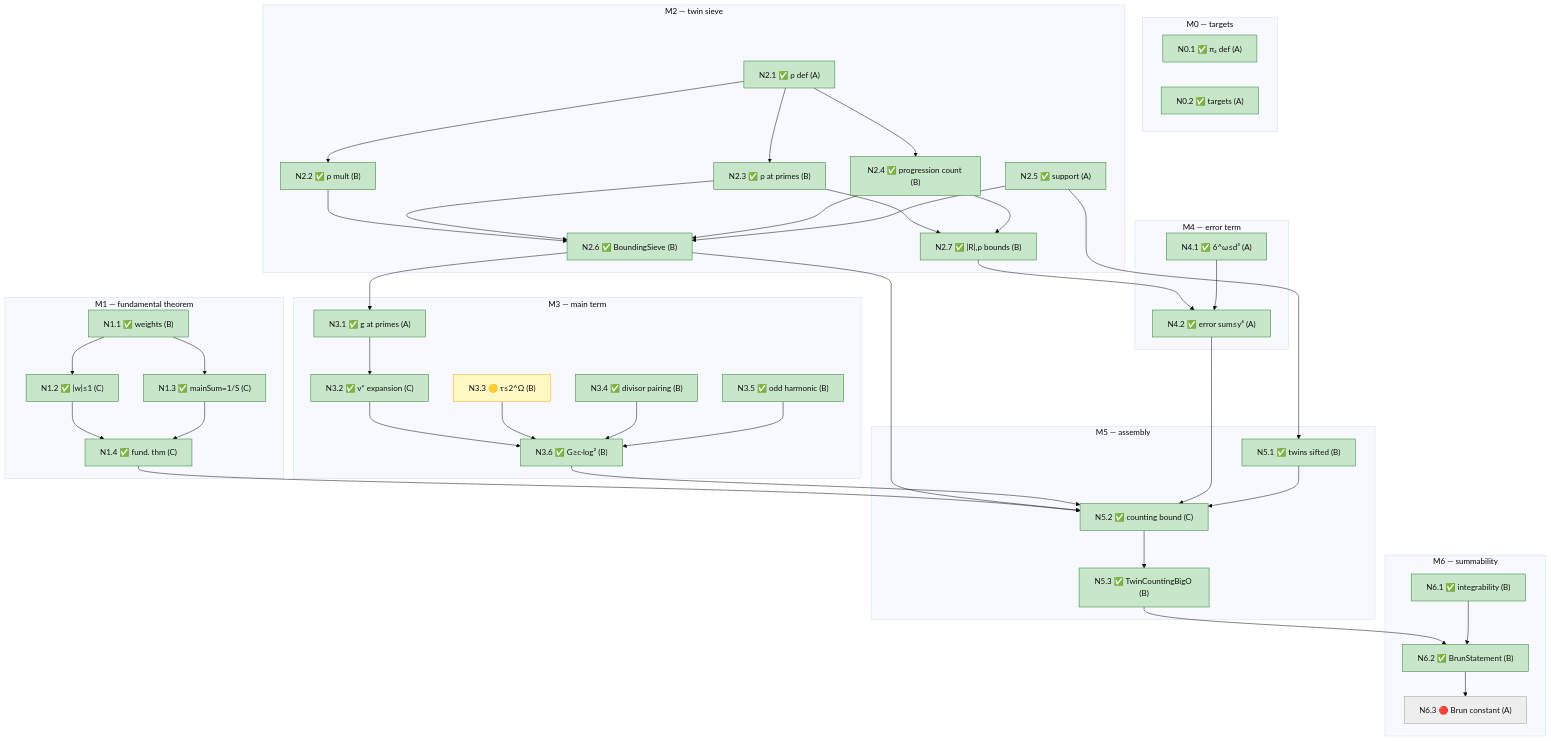
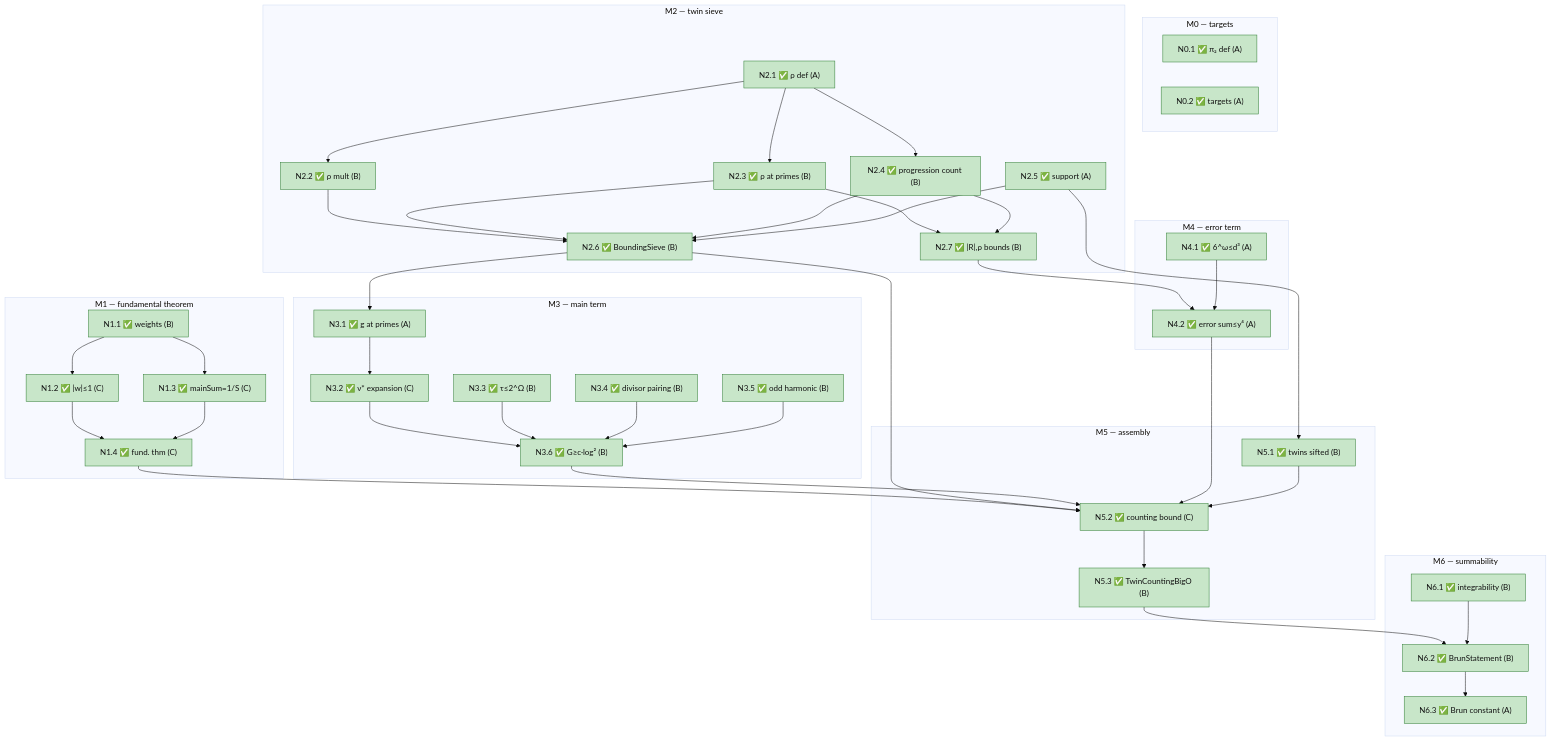
One commit to jyh/salt changed the second of 2 diagrams in docs/blueprints/brun-guide.md. Above: the diagram before and after it, drawn with Mermaid (base theme). The commit also changed other lines of this file, not shown here.

First line of the commit message:
docs: fix stale N3.3 card + M6 table/graph rows (silent no-op replaces)

````diff
--- a/docs/blueprints/brun-guide.md
+++ b/docs/blueprints/brun-guide.md
@@ -255,81 +255,81 @@
 ```mermaid
 flowchart TB
   classDef done fill:#c8e6c9,stroke:#2e7d32,color:#111
   classDef partial fill:#fff9c4,stroke:#f9a825,color:#111
   classDef open fill:#eeeeee,stroke:#9e9e9e,color:#111
   classDef keystone fill:#eeeeee,stroke:#c62828,stroke-width:3px,color:#111
 
   subgraph SM0["M0 — targets"]
     N0_1["N0.1 ✅ π₂ def (A)"]:::done
     N0_2["N0.2 ✅ targets (A)"]:::done
   end
   subgraph SM1["M1 — fundamental theorem"]
     N1_1["N1.1 ✅ weights (B)"]:::done
     N1_2["N1.2 ✅ |w|≤1 (C)"]:::done
     N1_3["N1.3 ✅ mainSum=1/S (C)"]:::done
     N1_4["N1.4 ✅ fund. thm (C)"]:::done
   end
   subgraph SM2["M2 — twin sieve"]
     N2_1["N2.1 ✅ ρ def (A)"]:::done
     N2_2["N2.2 ✅ ρ mult (B)"]:::done
     N2_3["N2.3 ✅ ρ at primes (B)"]:::done
     N2_4["N2.4 ✅ progression count (B)"]:::done
     N2_5["N2.5 ✅ support (A)"]:::done
     N2_6["N2.6 ✅ BoundingSieve (B)"]:::done
     N2_7["N2.7 ✅ |R|,ρ bounds (B)"]:::done
   end
   subgraph SM3["M3 — main term"]
     N3_1["N3.1 ✅ g at primes (A)"]:::done
     N3_2["N3.2 ✅ ν* expansion (C)"]:::done
-    N3_3["N3.3 🟡 τ≤2^Ω (B)"]:::partial
+    N3_3["N3.3 ✅ τ≤2^Ω (B)"]:::done
     N3_4["N3.4 ✅ divisor pairing (B)"]:::done
     N3_5["N3.5 ✅ odd harmonic (B)"]:::done
     N3_6["N3.6 ✅ G≥c·log² (B)"]:::done
   end
   subgraph SM4["M4 — error term"]
     N4_1["N4.1 ✅ 6^ω≤d³ (A)"]:::done
     N4_2["N4.2 ✅ error sum≤y⁴ (A)"]:::done
   end
   subgraph SM5["M5 — assembly"]
     N5_1["N5.1 ✅ twins sifted (B)"]:::done
     N5_2["N5.2 ✅ counting bound (C)"]:::done
     N5_3["N5.3 ✅ TwinCountingBigO (B)"]:::done
   end
   subgraph SM6["M6 — summability"]
     N6_1["N6.1 ✅ integrability (B)"]:::done
     N6_2["N6.2 ✅ BrunStatement (B)"]:::done
-    N6_3["N6.3 🔴 Brun constant (A)"]:::open
+    N6_3["N6.3 ✅ Brun constant (A)"]:::done
   end
 
   N1_1 --> N1_2
   N1_1 --> N1_3
   N1_2 --> N1_4
   N1_3 --> N1_4
   N2_1 --> N2_2
   N2_1 --> N2_3
   N2_1 --> N2_4
   N2_2 --> N2_6
   N2_3 --> N2_6
   N2_4 --> N2_6
   N2_5 --> N2_6
   N2_3 --> N2_7
   N2_4 --> N2_7
   N2_6 --> N3_1
   N3_1 --> N3_2
   N3_2 --> N3_6
   N3_3 --> N3_6
   N3_4 --> N3_6
   N3_5 --> N3_6
   N2_7 --> N4_2
   N4_1 --> N4_2
   N2_5 --> N5_1
   N1_4 --> N5_2
   N2_6 --> N5_2
   N3_6 --> N5_2
   N4_2 --> N5_2
   N5_1 --> N5_2
   N5_2 --> N5_3
   N5_3 --> N6_2
   N6_1 --> N6_2
   N6_2 --> N6_3
 ```
````
